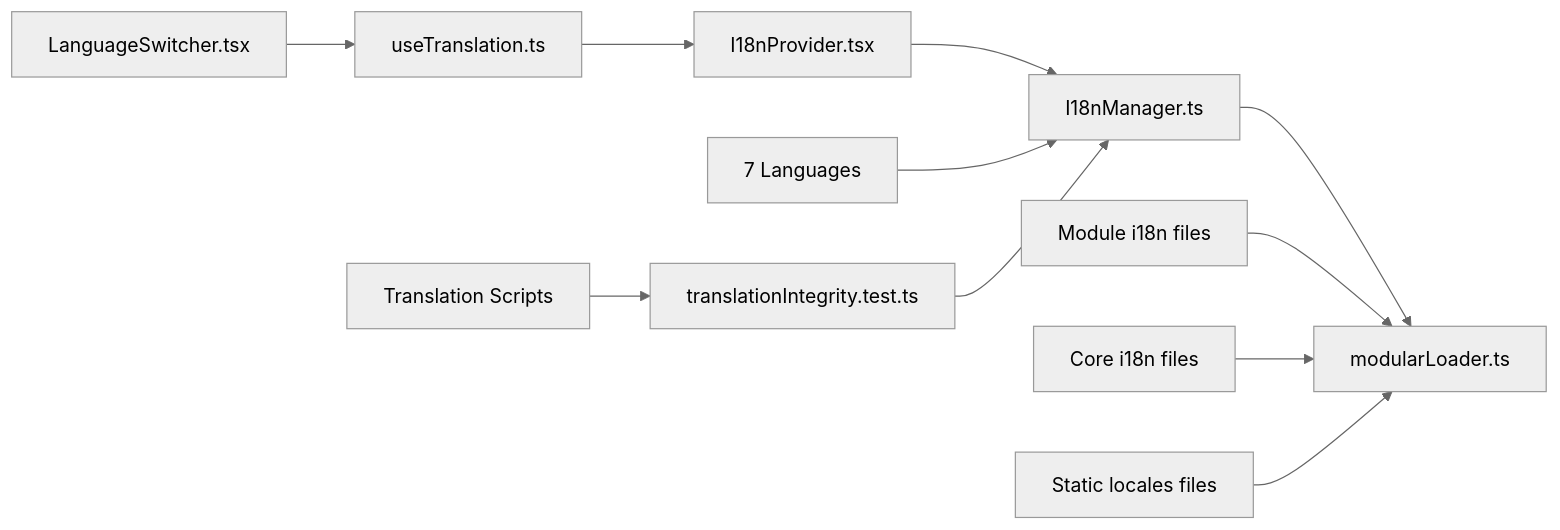
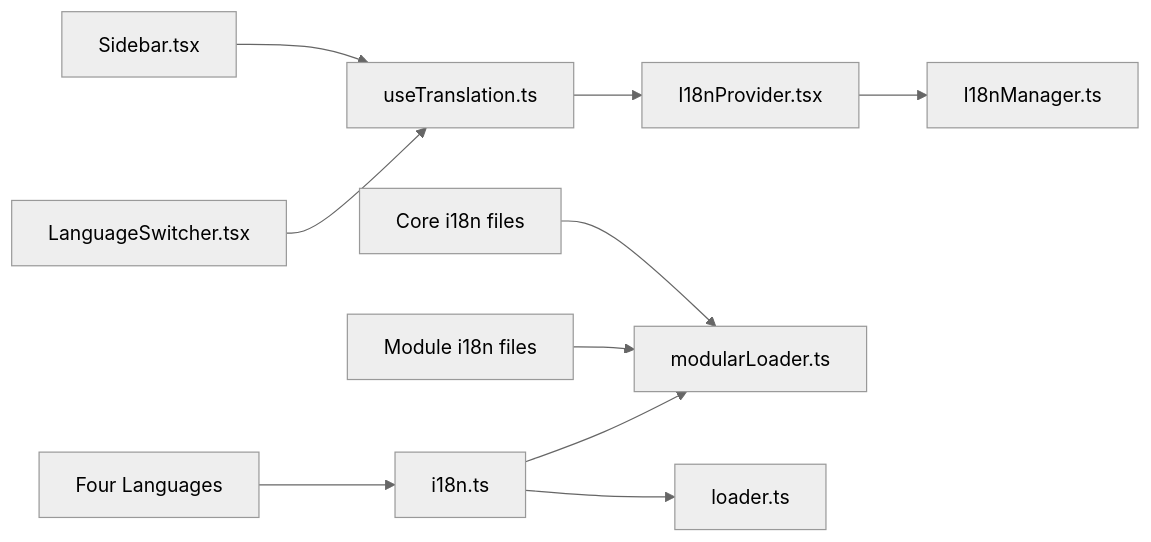
Before and after one commit to geniusdynamics/schoolpilot: the ninth of 9 diagrams in .qoder/repowiki/en/content/Internationalization.md, drawn with Mermaid (neutral theme). The commit also changed other lines of this file and 311 other files, not shown here.

````diff
--- a/.qoder/repowiki/en/content/Internationalization.md
+++ b/.qoder/repowiki/en/content/Internationalization.md
@@ -455,13 +452,12 @@
 ```mermaid
 graph LR
 Provider["I18nProvider.tsx"] --> Manager["I18nManager.ts"]
 Hook["useTranslation.ts"] --> Provider
-Manager --> Modular["modularLoader.ts"]
+Bootstrap["i18n.ts"] --> Modular["modularLoader.ts"]
+Bootstrap --> Static["loader.ts"]
 Switcher["LanguageSwitcher.tsx"] --> Hook
+Sidebar["Sidebar.tsx"] --> Hook
 Modules["Module i18n files"] --> Modular
 Core["Core i18n files"] --> Modular
-Static["Static locales files"] --> Modular
-Languages["7 Languages"] --> Manager
-Tests["translationIntegrity.test.ts"] --> Manager
-Scripts["Translation Scripts"] --> Tests
+Languages["Four Languages"] --> Bootstrap
 ```
````
